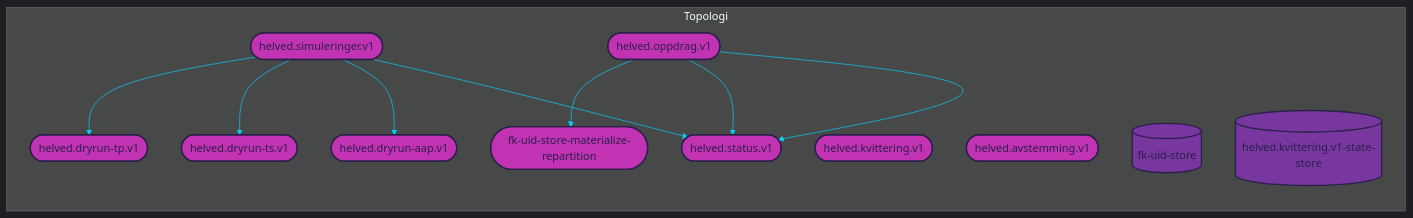
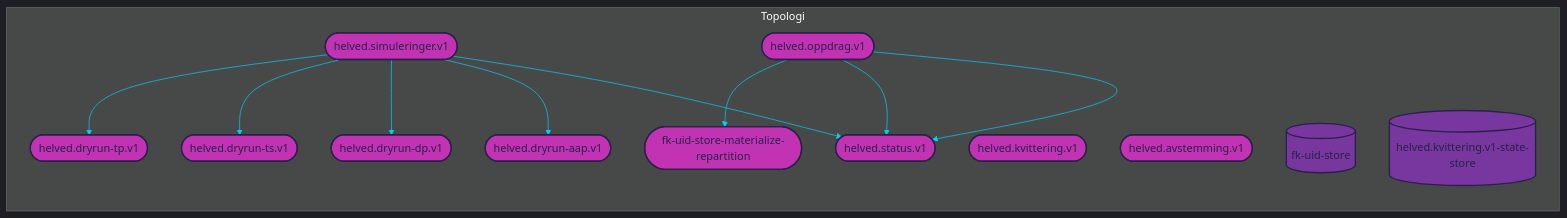
Before and after one commit to navikt/helved-utbetaling: the diagram in dokumentasjon/urskog.mmd, drawn with Mermaid. The commit also changed 2 other files, not shown here.

Commit message:
Legg til dryrun topic for dagpenger

```diff
--- a/dokumentasjon/urskog.mmd
+++ b/dokumentasjon/urskog.mmd
@@ -1,81 +1,84 @@
 
 %%{init: {'theme': 'dark', 'themeVariables': { 'primaryColor': '#07cff6', 'textColor': '#dad9e0', 'lineColor': '#07cff6'}}}%%
 
 graph LR
 
 subgraph Topologi
     %% TOPICS
     helved.simuleringer.v1([helved.simuleringer.v1])
 	helved.dryrun-aap.v1([helved.dryrun-aap.v1])
+	helved.dryrun-dp.v1([helved.dryrun-dp.v1])
 	helved.dryrun-ts.v1([helved.dryrun-ts.v1])
 	helved.dryrun-tp.v1([helved.dryrun-tp.v1])
 	helved.status.v1([helved.status.v1])
 	helved.kvittering.v1([helved.kvittering.v1])
 	fk-uid-store-materialize-repartition([fk-uid-store-materialize-repartition])
 	helved.oppdrag.v1([helved.oppdrag.v1])
 	helved.avstemming.v1([helved.avstemming.v1])
 
     %% JOINS
     
 
     %% STATE PROCESSORS
     
     
     %% STATE STORES
     fk-uid-store[(fk-uid-store)]
 	helved.kvittering.v1-state-store[(helved.kvittering.v1-state-store)]
     
     %% DATABASES
     
     
 
     %% PROCESSOR API JOBS
     
     
     %% JOIN STREAMS
     
 
     %% TABLE STREAMS
     
 
     %% JOB STREAMS
     
     
     %% BRANCH STREAMS
     
 
     %% REPARTITION STREAMS
     
     
     %% BASIC STREAMS
     helved.simuleringer.v1 --> helved.status.v1
 	helved.simuleringer.v1 --> helved.dryrun-aap.v1
+	helved.simuleringer.v1 --> helved.dryrun-dp.v1
 	helved.simuleringer.v1 --> helved.dryrun-ts.v1
 	helved.simuleringer.v1 --> helved.dryrun-tp.v1
 	helved.oppdrag.v1 --> helved.status.v1
 	helved.oppdrag.v1 --> helved.status.v1
 	helved.oppdrag.v1 --> fk-uid-store-materialize-repartition
     
     %% CUSTOM PROCESS STREAMS
     
 end
 
 %% COLORS
 %% light    #dad9e0
 %% purple   #78369f
 %% pink     #c233b4
 %% dark     #2a204a
 %% blue     #07cff6
 
 %% STYLES
 style helved.simuleringer.v1 fill:#c233b4, stroke:#2a204a, stroke-width:2px, color:#2a204a
 style helved.dryrun-aap.v1 fill:#c233b4, stroke:#2a204a, stroke-width:2px, color:#2a204a
+style helved.dryrun-dp.v1 fill:#c233b4, stroke:#2a204a, stroke-width:2px, color:#2a204a
 style helved.dryrun-ts.v1 fill:#c233b4, stroke:#2a204a, stroke-width:2px, color:#2a204a
 style helved.dryrun-tp.v1 fill:#c233b4, stroke:#2a204a, stroke-width:2px, color:#2a204a
 style helved.status.v1 fill:#c233b4, stroke:#2a204a, stroke-width:2px, color:#2a204a
 style helved.kvittering.v1 fill:#c233b4, stroke:#2a204a, stroke-width:2px, color:#2a204a
 style fk-uid-store-materialize-repartition fill:#c233b4, stroke:#2a204a, stroke-width:2px, color:#2a204a
 style helved.oppdrag.v1 fill:#c233b4, stroke:#2a204a, stroke-width:2px, color:#2a204a
 style helved.avstemming.v1 fill:#c233b4, stroke:#2a204a, stroke-width:2px, color:#2a204a
 style fk-uid-store fill:#78369f, stroke:#2a204a, stroke-width:2px, color:#2a204a
 style helved.kvittering.v1-state-store fill:#78369f, stroke:#2a204a, stroke-width:2px, color:#2a204a
```
